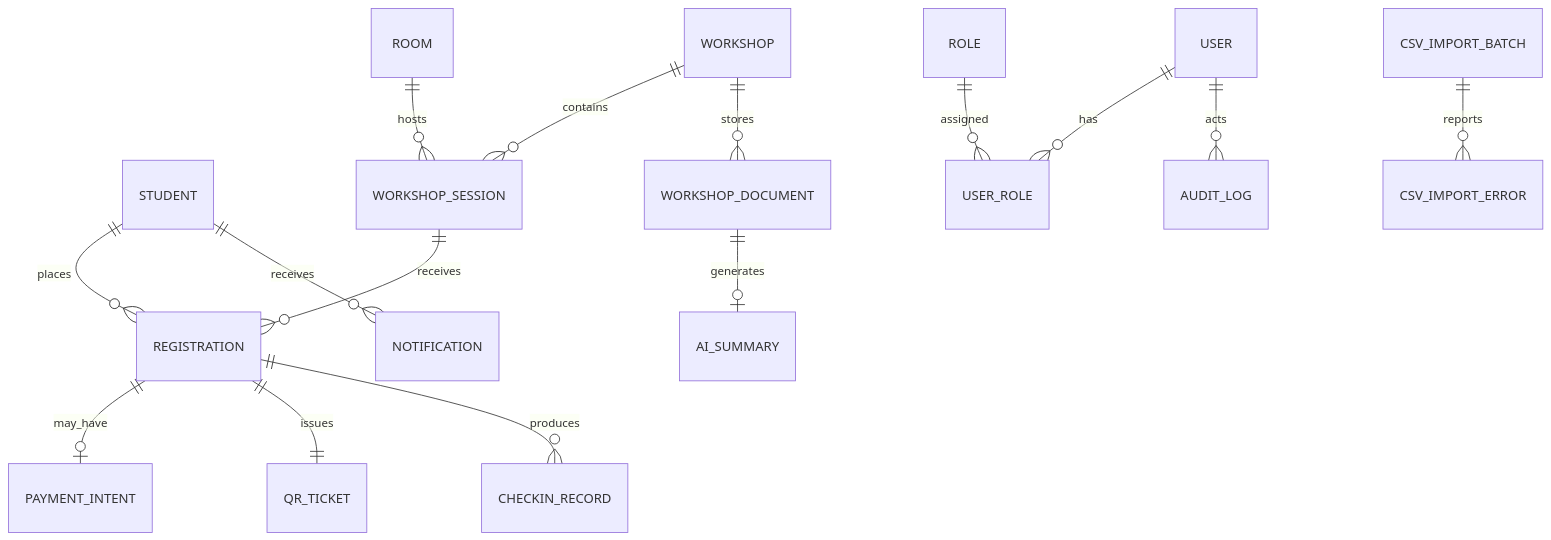
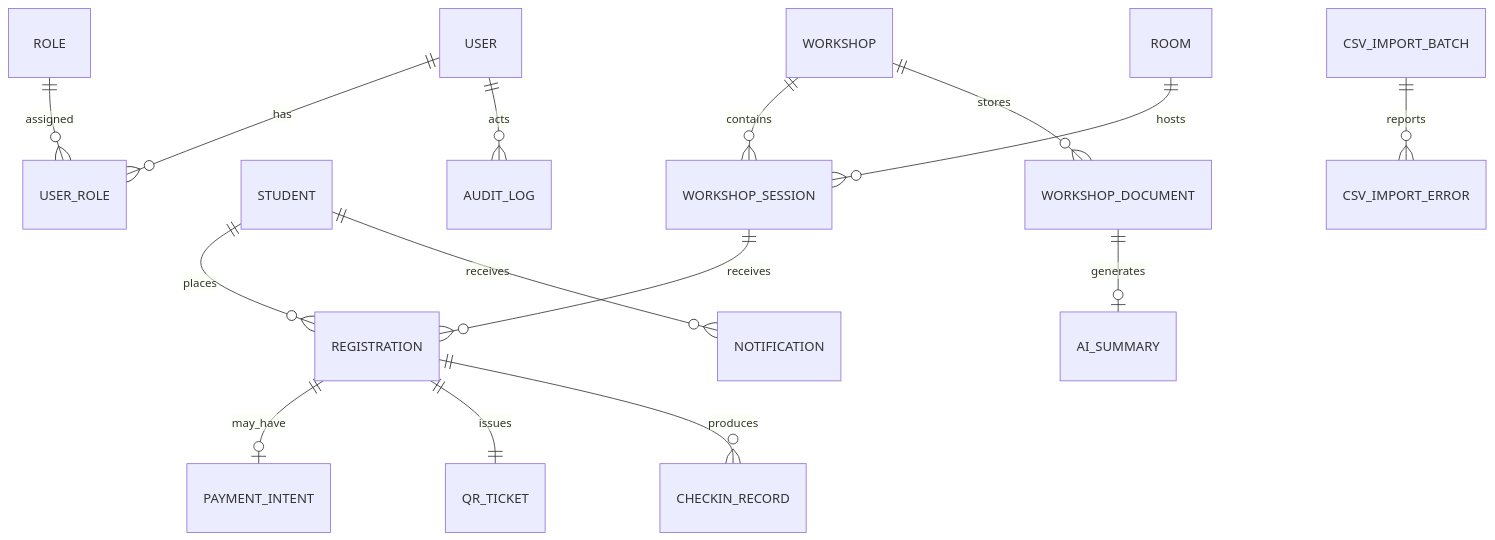
One commit to NguyenThanhTien539/unihub-workshop-system changed the fourth of 7 diagrams in blueprint/design.md. Above: the diagram before and after it, drawn with Mermaid. The commit also changed other lines of this file and 7 other files, not shown here.

````diff
--- a/blueprint/design.md
+++ b/blueprint/design.md
@@ -197,17 +384,17 @@
 ```mermaid
 erDiagram
-    STUDENT ||--o{ REGISTRATION : places
     USER ||--o{ USER_ROLE : has
     ROLE ||--o{ USER_ROLE : assigned
+    STUDENT ||--o{ REGISTRATION : places
     WORKSHOP ||--o{ WORKSHOP_SESSION : contains
     ROOM ||--o{ WORKSHOP_SESSION : hosts
     WORKSHOP_SESSION ||--o{ REGISTRATION : receives
     REGISTRATION ||--o| PAYMENT_INTENT : may_have
     REGISTRATION ||--|| QR_TICKET : issues
     REGISTRATION ||--o{ CHECKIN_RECORD : produces
     WORKSHOP ||--o{ WORKSHOP_DOCUMENT : stores
     WORKSHOP_DOCUMENT ||--o| AI_SUMMARY : generates
     CSV_IMPORT_BATCH ||--o{ CSV_IMPORT_ERROR : reports
     STUDENT ||--o{ NOTIFICATION : receives
     USER ||--o{ AUDIT_LOG : acts
 ```
````
